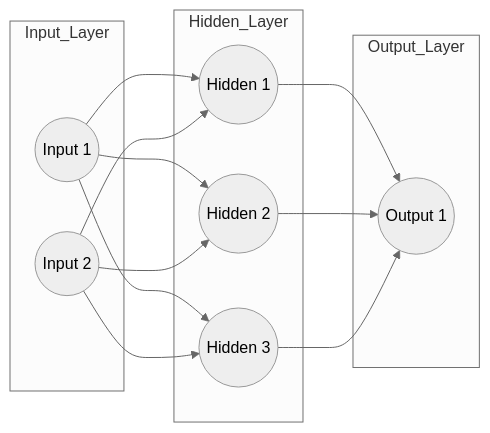
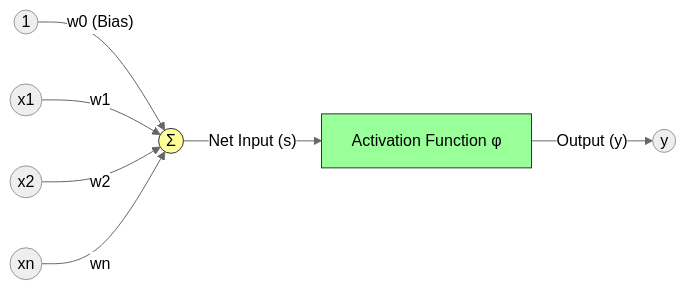
One commit to mbeps/personal-portfolio changed the fourth of 37 diagrams in public/blogs/back-propagation/blog.md. Above: the diagram before and after it, drawn with Mermaid (neutral theme). The commit also changed other lines of this file, not shown here.

````diff
--- a/public/blogs/back-propagation/blog.md
+++ b/public/blogs/back-propagation/blog.md
@@ -56,24 +147,13 @@
 ```mermaid
 graph LR
-    subgraph Input_Layer
-    I1((Input 1))
-    I2((Input 2))
-    end
-    subgraph Hidden_Layer
-    H1((Hidden 1))
-    H2((Hidden 2))
-    H3((Hidden 3))
-    end
-    subgraph Output_Layer
-    O1((Output 1))
-    end
-    I1 --> H1
-    I1 --> H2
-    I1 --> H3
-    I2 --> H1
-    I2 --> H2
-    I2 --> H3
-    H1 --> O1
-    H2 --> O1
-    H3 --> O1
+    x0((1)) -- w0 (Bias) --> Sum((Σ))
+    x1((x1)) -- w1 --> Sum
+    x2((x2)) -- w2 --> Sum
+    xn((xn)) -- wn --> Sum
+    
+    Sum -- "Net Input (s)" --> Act[Activation Function φ]
+    Act -- "Output (y)" --> y((y))
+
+    style Sum fill:#ff9,stroke:#333
+    style Act fill:#9f9,stroke:#333
 ```
````
